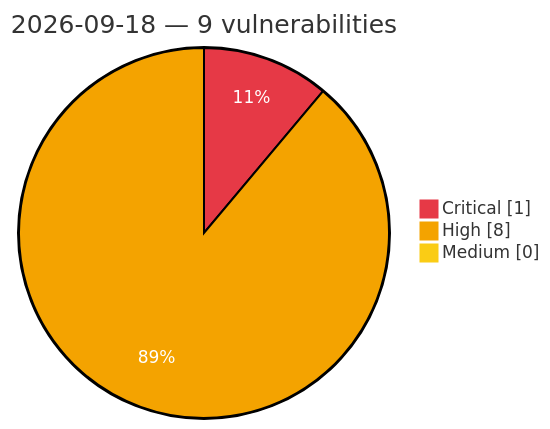
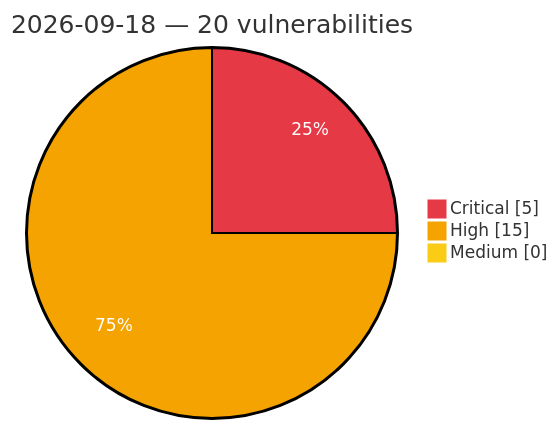
Before and after one commit to GhostX0X/vuln-tracker: the diagram in vulnerabilities/2026/September/2026-09-18.md, drawn with Mermaid. The commit also changed other lines of this file and 5 other files, not shown here.

Commit message:
Auto update: critical/high vulns (2026-09-18 09:35 UTC)

````diff
--- a/vulnerabilities/2026/September/2026-09-18.md
+++ b/vulnerabilities/2026/September/2026-09-18.md
@@ -3,8 +3,8 @@
 ```mermaid
 %%{init: {'theme':'base', 'themeVariables': {'pie1':'#e63946', 'pie2':'#f4a300', 'pie3':'#facc15', 'pieOpacity':'1', 'pieOuterStrokeWidth':'2px', 'pieSectionTextColor':'#ffffff'}}}%%
 pie showData
-    title 2026-09-18 — 9 vulnerabilities
-    "Critical" : 1
-    "High" : 8
+    title 2026-09-18 — 20 vulnerabilities
+    "Critical" : 5
+    "High" : 15
     "Medium" : 0
 ```
````
